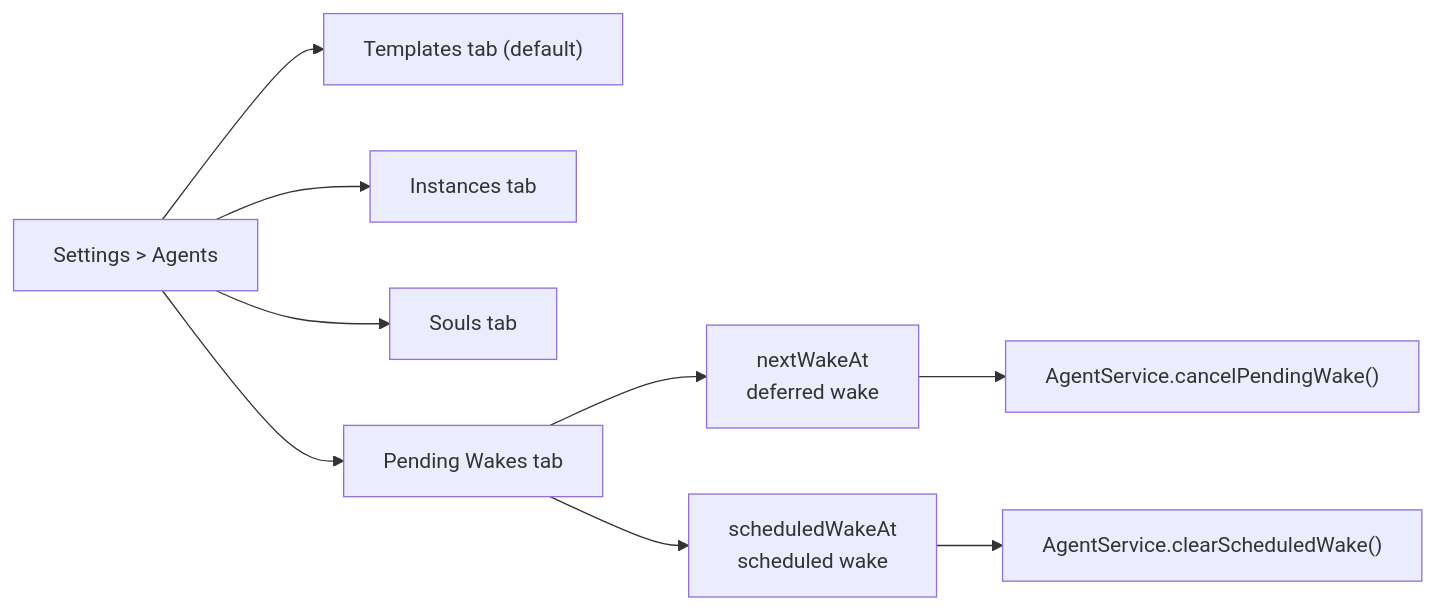
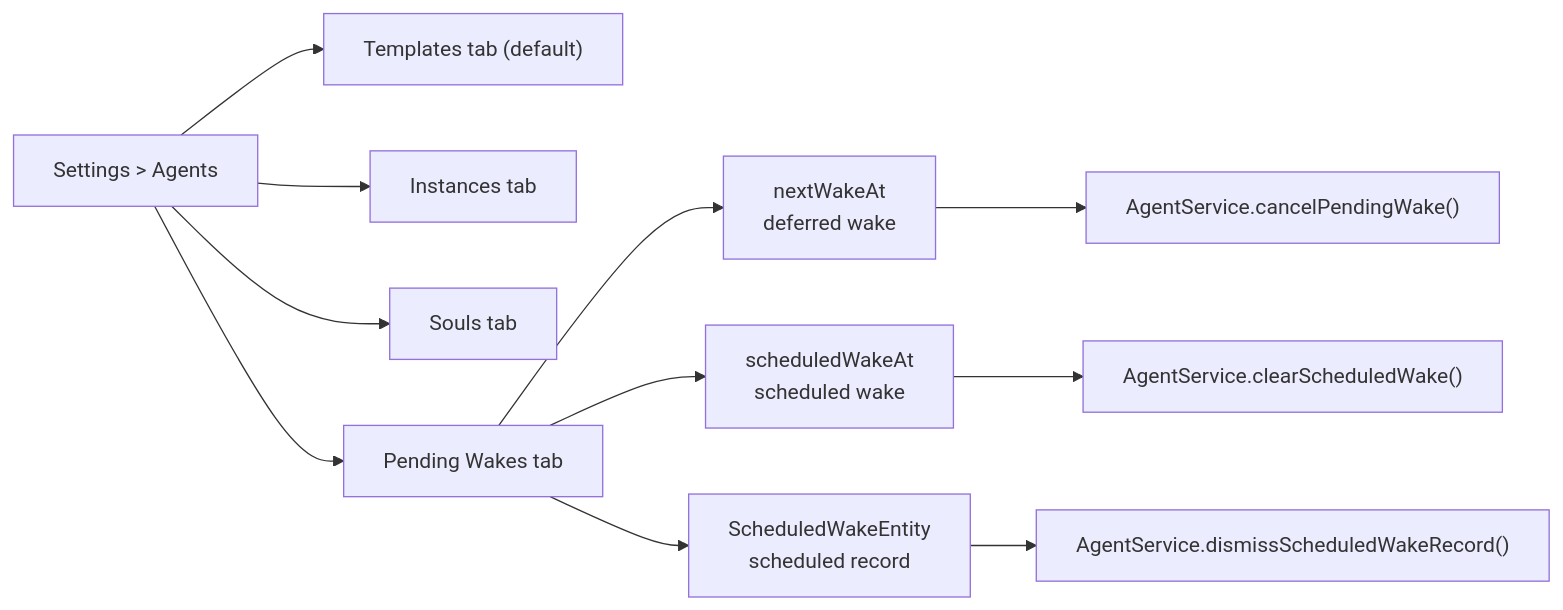
The fifth of 7 diagrams in knowledge/features/agents/ui-surfaces.md (matthiasn/lotti), drawn with Mermaid before and after one commit. The commit also changed other lines of this file and 17 other files, not shown here.

````diff
--- a/knowledge/features/agents/ui-surfaces.md
+++ b/knowledge/features/agents/ui-surfaces.md
@@ -658,13 +684,16 @@
 ```mermaid
 flowchart LR
   Settings["Settings > Agents"] --> Templates["Templates tab (default)"]
   Settings --> Instances["Instances tab"]
   Settings --> Souls["Souls tab"]
   Settings --> Pending["Pending Wakes tab"]
 
   Pending --> Throttle["nextWakeAt<br/>deferred wake"]
   Pending --> Schedule["scheduledWakeAt<br/>scheduled wake"]
 
+  Pending --> Record["ScheduledWakeEntity<br/>scheduled record"]
+
   Throttle --> CancelPending["AgentService.cancelPendingWake()"]
   Schedule --> ClearScheduled["AgentService.clearScheduledWake()"]
+  Record --> DismissRecord["AgentService.dismissScheduledWakeRecord()"]
 ```
````
